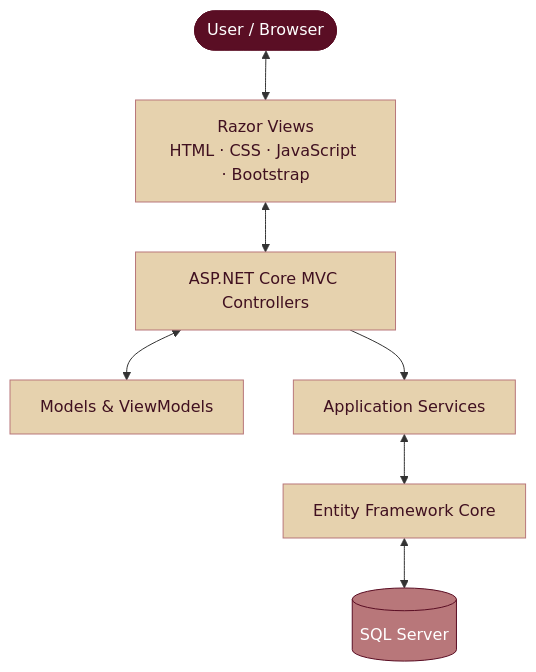
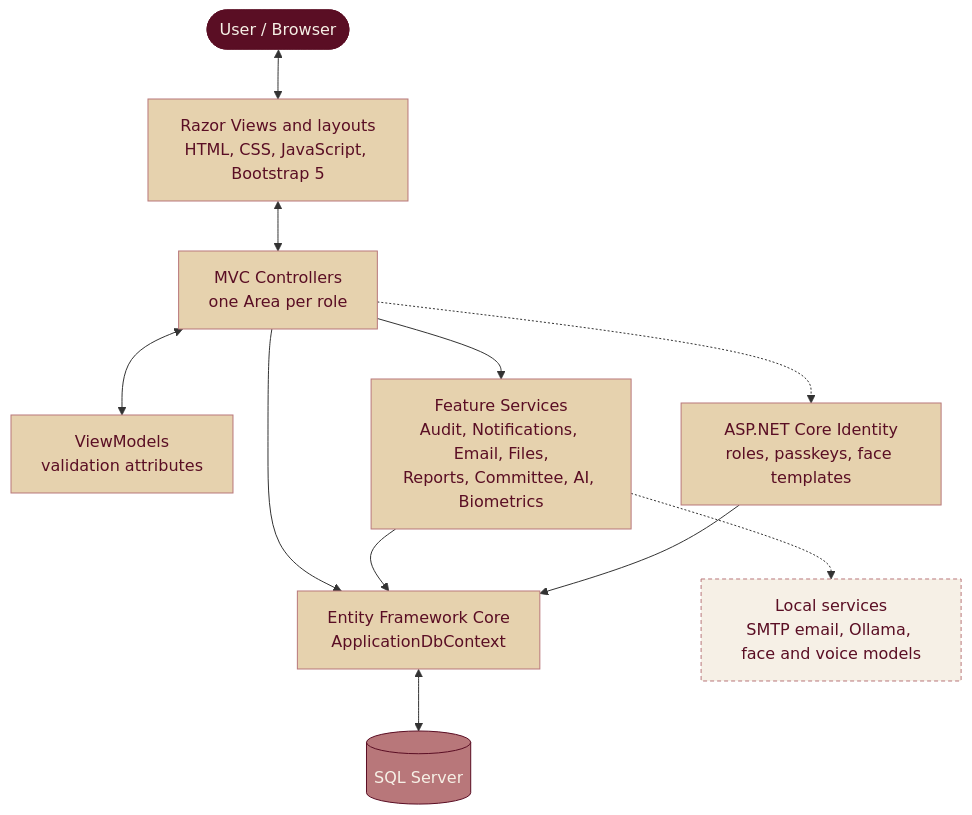
Before and after one commit to Supply-Tender-Team/Cosmetics-Management-System: the fourth of 5 diagrams in README.md, drawn with Mermaid. The commit also changed other lines of this file, not shown here.

````diff
--- a/README.md
+++ b/README.md
@@ -158,15 +233,18 @@
 ```mermaid
 flowchart TB
-    U(["User / Browser"]) <--> V["Razor Views<br/>HTML · CSS · JavaScript · Bootstrap"]
-    V <--> C["ASP.NET Core MVC Controllers"]
-    C <--> M["Models & ViewModels"]
-    C --> S["Application Services"]
-    S <--> EF["Entity Framework Core"]
-    EF <--> DB[("SQL Server")]
-    classDef primary fill:#5A0E24,color:#fff,stroke:#5A0E24
-    classDef layer fill:#E6D2AE,color:#401020,stroke:#B8777A
-    classDef data fill:#B8777A,color:#fff,stroke:#5A0E24
-    class U primary
-    class V,C,M,S,EF layer
-    class DB data
+    U(["User / Browser"]):::brand <--> V["Razor Views and layouts<br/>HTML, CSS, JavaScript, Bootstrap 5"]:::layer
+    V <--> C["MVC Controllers<br/>one Area per role"]:::layer
+    C <--> M["ViewModels<br/>validation attributes"]:::layer
+    C --> S["Feature Services<br/>Audit, Notifications, Email, Files,<br/>Reports, Committee, AI, Biometrics"]:::layer
+    C --> EF["Entity Framework Core<br/>ApplicationDbContext"]:::layer
+    S --> EF
+    EF <--> DB[("SQL Server")]:::data
+    ID["ASP.NET Core Identity<br/>roles, passkeys, face templates"]:::layer --> EF
+    C -.-> ID
+    S -.-> X["Local services<br/>SMTP email, Ollama, face and voice models"]:::ext
+
+    classDef brand fill:#5A0E24,stroke:#5A0E24,color:#F6F0E6
+    classDef layer fill:#E6D2AE,stroke:#B8777A,color:#5A0E24
+    classDef data fill:#B8777A,stroke:#5A0E24,color:#F6F0E6
+    classDef ext fill:#F6F0E6,stroke:#B8777A,color:#5A0E24,stroke-dasharray: 4 3
 ```
````
